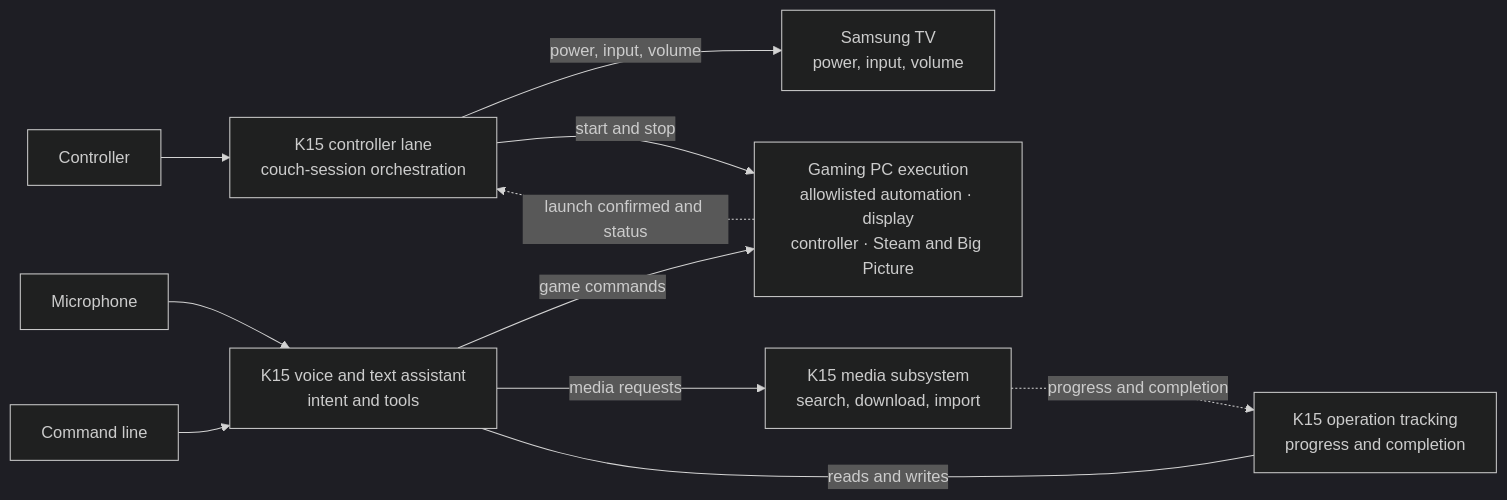
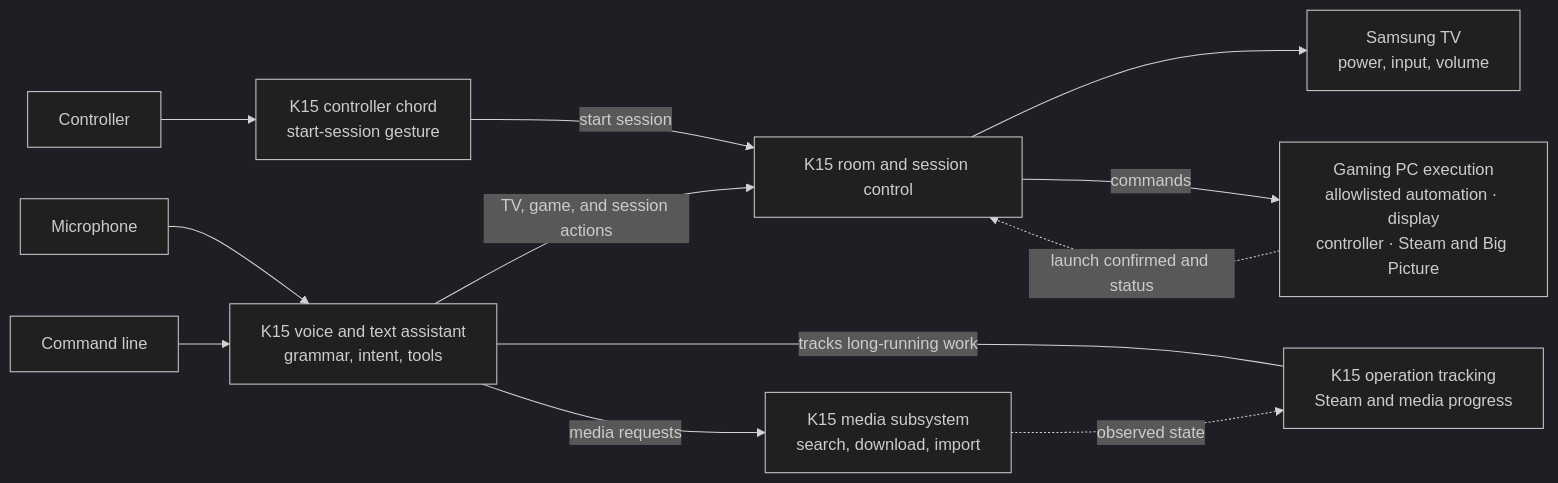
Before and after one commit to trillville/slopstation: the first of 2 diagrams in README.md, drawn with Mermaid (dark theme).

Commit message:
docs: correct system control paths

````diff
--- a/README.md
+++ b/README.md
@@ -15,26 +15,28 @@
 ```mermaid
 flowchart LR
     controller[Controller]
     microphone[Microphone]
     command[Command line]
 
-    chord[K15 controller lane<br/>couch-session orchestration]
-    assistant[K15 voice and text assistant<br/>intent and tools]
-    operations[K15 operation tracking<br/>progress and completion]
+    chord[K15 controller chord<br/>start-session gesture]
+    assistant[K15 voice and text assistant<br/>grammar, intent, tools]
+    control[K15 room and session control]
+    operations[K15 operation tracking<br/>Steam and media progress]
 
     tv[Samsung TV<br/>power, input, volume]
     pc[Gaming PC execution<br/>allowlisted automation · display<br/>controller · Steam and Big Picture]
     media[K15 media subsystem<br/>search, download, import]
 
     controller --> chord
     microphone --> assistant
     command --> assistant
 
-    chord -->|power, input, volume| tv
-    chord -->|start and stop| pc
-    pc -. launch confirmed and status .-> chord
-    assistant -->|game commands| pc
+    chord -->|start session| control
+    assistant -->|TV, game, and session actions| control
+    control --> tv
+    control -->|commands| pc
+    pc -. launch confirmed and status .-> control
     assistant -->|media requests| media
-    assistant ---|reads and writes| operations
-    media -. progress and completion .-> operations
+    assistant ---|tracks long-running work| operations
+    media -. observed state .-> operations
 ```
````
